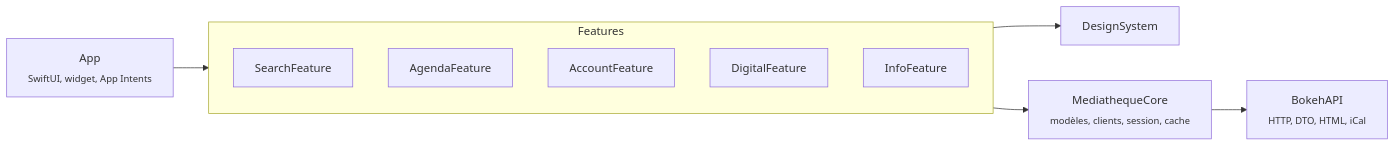
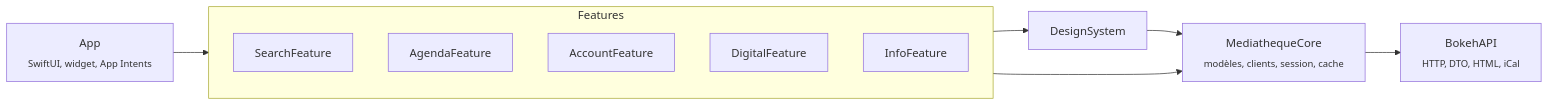
One commit to romainbiard/villejuif-mediatheque changed the diagram in README.md. Above: the diagram before and after it, drawn with Mermaid. The commit also changed other lines of this file and 1 other file, not shown here.

````diff
--- a/README.md
+++ b/README.md
@@ -95,19 +95,20 @@
 ```mermaid
 flowchart LR
     App["App<br><sub>SwiftUI, widget, App Intents</sub>"]
     subgraph Features
         Search[SearchFeature]
         Agenda[AgendaFeature]
         Account[AccountFeature]
         Digital[DigitalFeature]
         Info[InfoFeature]
     end
     DS[DesignSystem]
     Core["MediathequeCore<br><sub>modèles, clients, session, cache</sub>"]
     API["BokehAPI<br><sub>HTTP, DTO, HTML, iCal</sub>"]
 
     App --> Features
     Features --> DS
     Features --> Core
+    DS --> Core
     Core --> API
 ```
````
